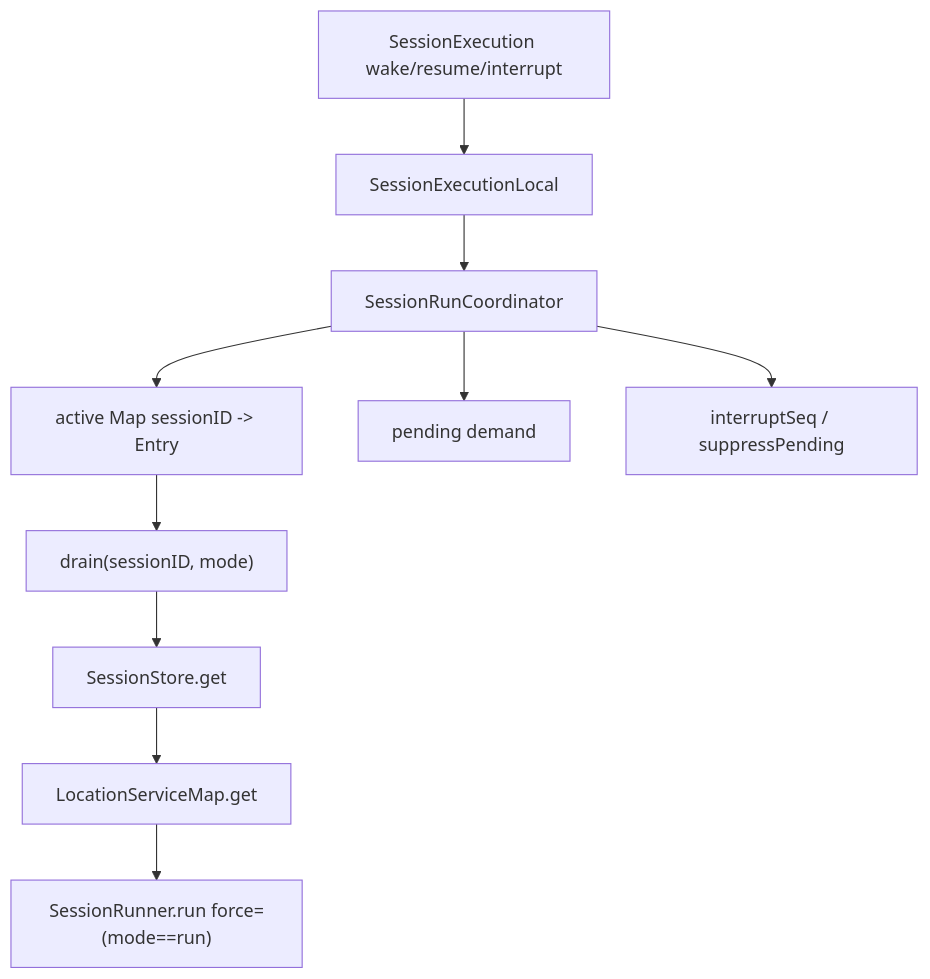
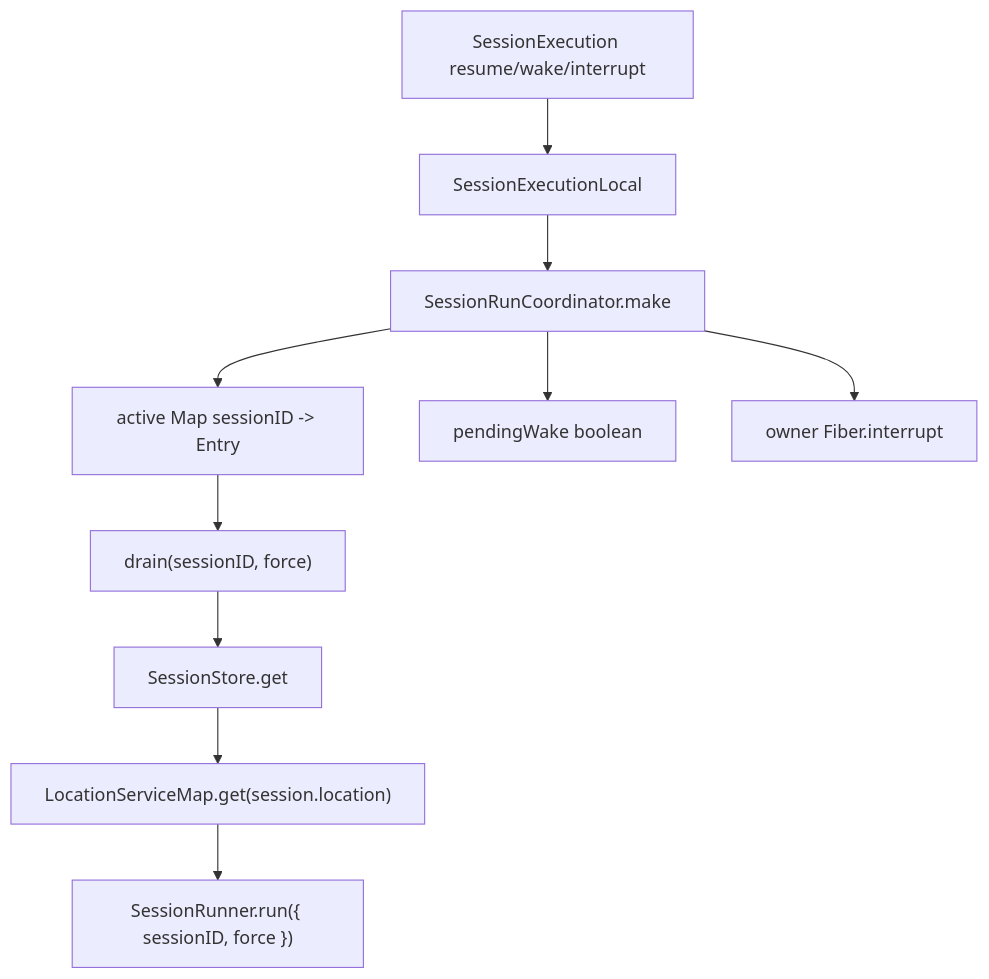
The diagram in docs/llm-wiki/opencode/spine/v2-coordinator.md (wdnmdtonyma/SOTA-Agent-LLM-Wiki), drawn with Mermaid before and after one commit. The commit also changed other lines of this file and 544 other files, not shown here.

````diff
--- a/docs/llm-wiki/opencode/spine/v2-coordinator.md
+++ b/docs/llm-wiki/opencode/spine/v2-coordinator.md
@@ -23,12 +23,12 @@
 ```mermaid
 flowchart TD
-  Caller["SessionExecution wake/resume/interrupt"] --> Execution["SessionExecutionLocal"]
-  Execution --> Coordinator["SessionRunCoordinator"]
+  Caller["SessionExecution resume/wake/interrupt"] --> Execution["SessionExecutionLocal"]
+  Execution --> Coordinator["SessionRunCoordinator.make"]
   Coordinator --> Active["active Map sessionID -> Entry"]
-  Active --> Drain["drain(sessionID, mode)"]
+  Active --> Drain["drain(sessionID, force)"]
   Drain --> Store["SessionStore.get"]
-  Store --> Location["LocationServiceMap.get"]
-  Location --> Runner["SessionRunner.run force=(mode==run)"]
-  Coordinator --> Pending["pending demand"]
-  Coordinator --> Interrupt["interruptSeq / suppressPending"]
+  Store --> Location["LocationServiceMap.get(session.location)"]
+  Location --> Runner["SessionRunner.run({ sessionID, force })"]
+  Coordinator --> Pending["pendingWake boolean"]
+  Coordinator --> Interrupt["owner Fiber.interrupt"]
 ```
````
